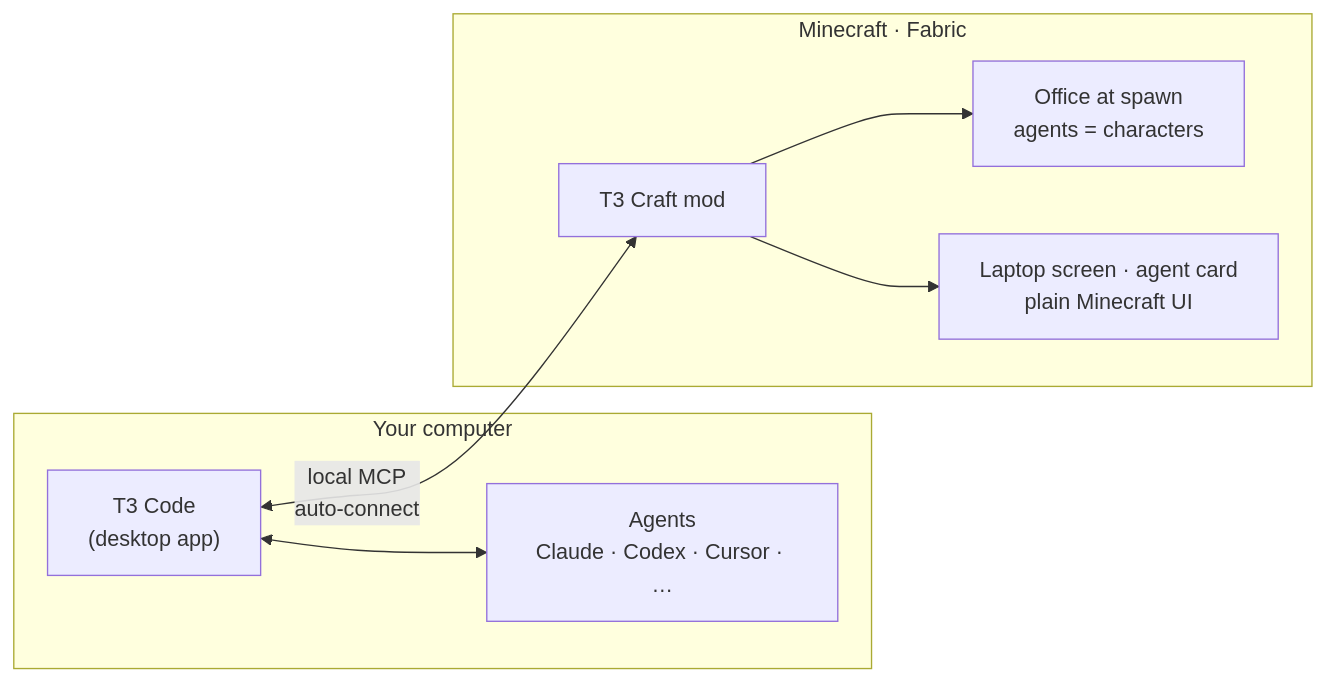
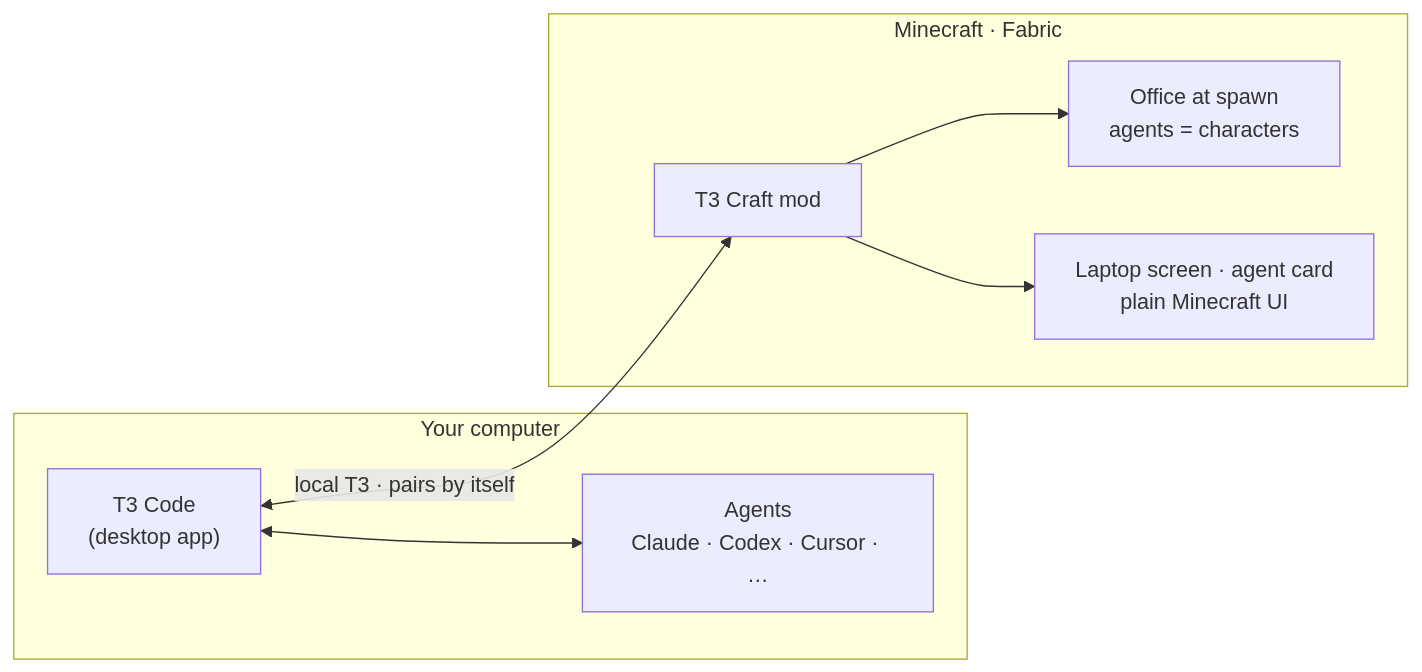
The diagram in README.md (alexandros-lekkas/t3craft), drawn with Mermaid before and after one commit. The commit also changed other lines of this file and 47 other files, not shown here.

````diff
--- a/README.md
+++ b/README.md
@@ -97,16 +97,16 @@
 ```mermaid
 flowchart LR
   subgraph PC["Your computer"]
     T3["T3 Code<br/>(desktop app)"]
     A["Agents<br/>Claude · Codex · Cursor · …"]
     T3 <--> A
   end
   subgraph MC["Minecraft · Fabric"]
     M["T3 Craft mod"]
     O["Office at spawn<br/>agents = characters"]
     U["Laptop screen · agent card<br/>plain Minecraft UI"]
     M --> O
     M --> U
   end
-  T3 <-- "local MCP<br/>auto-connect" --> M
+  T3 <-- "local T3 · pairs by itself" --> M
 ```
````
